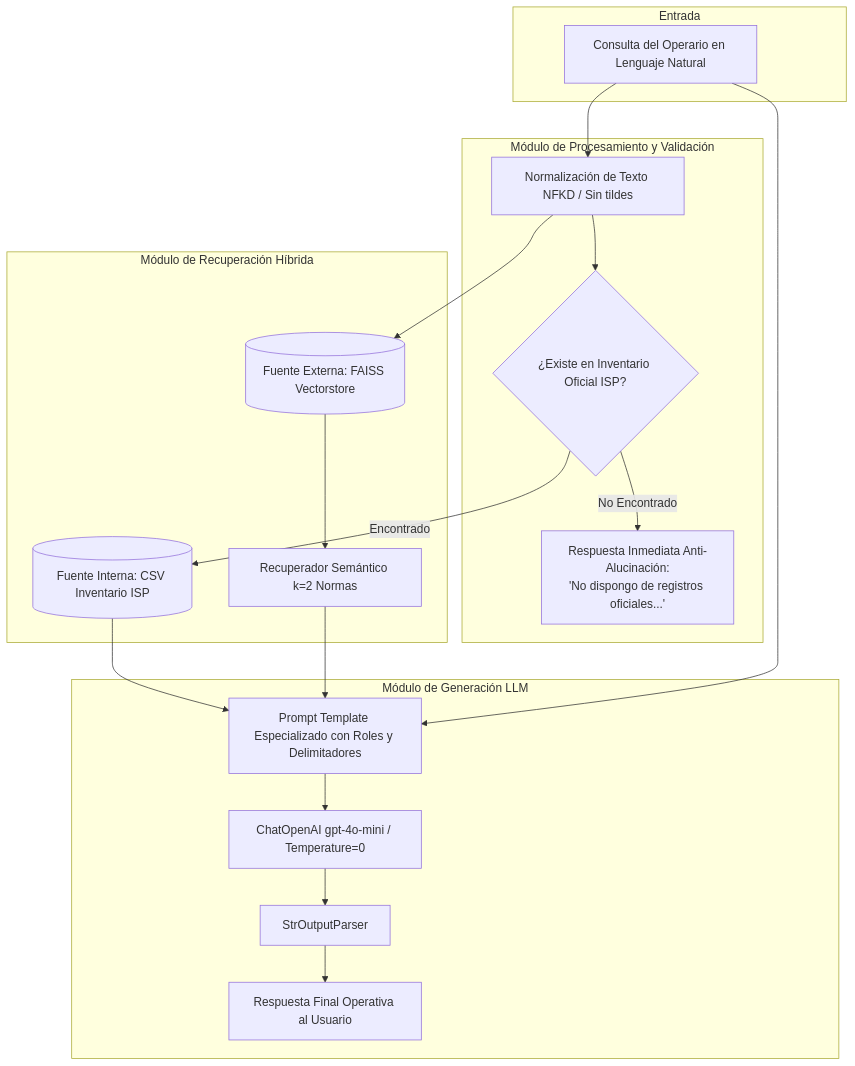
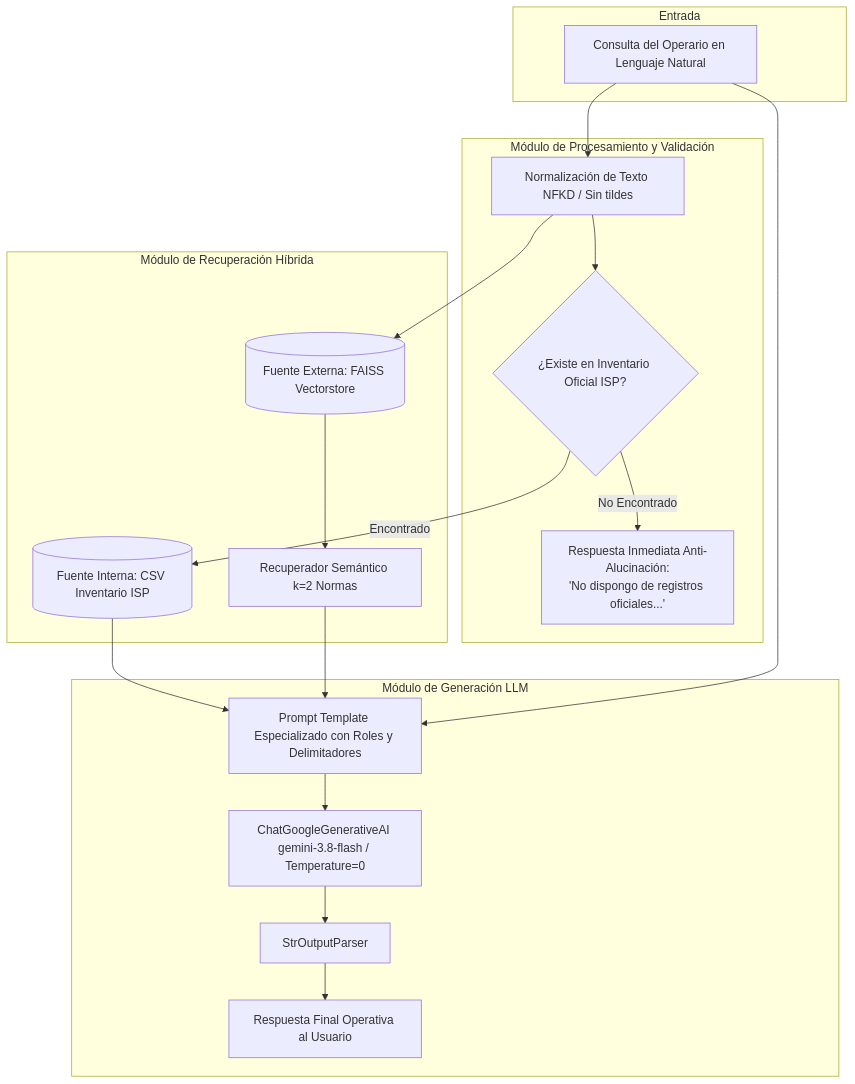
One commit to LarviNa/collab_farmacia changed the diagram in README.md. Above: the diagram before and after it, drawn with Mermaid. The commit also changed other lines of this file and 4 other files, not shown here.

Commit message:
Actualizar solución a Gemini 3.8 Flash y embeddings HuggingFace

````diff
--- a/README.md
+++ b/README.md
@@ -42,38 +43,38 @@
 ```mermaid
 flowchart TD
     subgraph Entrada
         A[Consulta del Operario en Lenguaje Natural]
     end
 
     subgraph Modulo_Procesamiento [Módulo de Procesamiento y Validación]
         B[Normalización de Texto NFKD / Sin tildes]
         C{¿Existe en Inventario Oficial ISP?}
         G[Respuesta Inmediata Anti-Alucinación:\n'No dispongo de registros oficiales...']
     end
 
     subgraph Modulo_Recuperacion [Módulo de Recuperación Híbrida]
         D[(Fuente Interna: CSV Inventario ISP)]
         E[(Fuente Externa: FAISS Vectorstore)]
         F[Recuperador Semántico k=2 Normas]
     end
 
     subgraph Modulo_Generacion [Módulo de Generación LLM]
         H[Prompt Template Especializado con Roles y Delimitadores]
-        I[ChatOpenAI gpt-4o-mini / Temperature=0]
+        I[ChatGoogleGenerativeAI gemini-3.8-flash / Temperature=0]
         J[StrOutputParser]
         K[Respuesta Final Operativa al Usuario]
     end
 
     A --> B
     B --> C
     C -- No Encontrado --> G
     C -- Encontrado --> D
     B --> E
     E --> F
     D --> H
     F --> H
     A --> H
     H --> I
     I --> J
     J --> K
 ```
````
